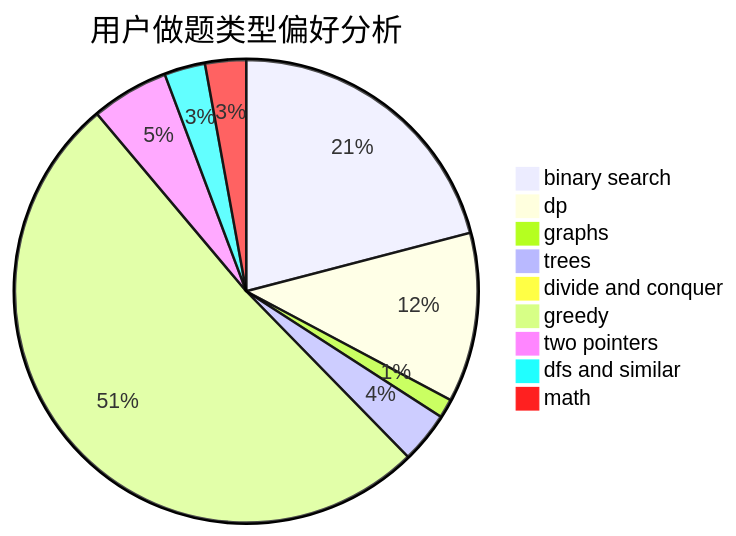
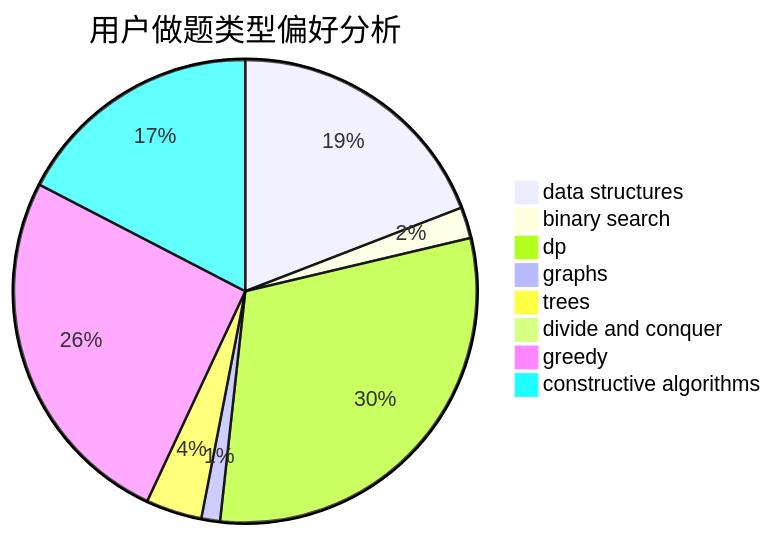
One commit to sherpahu/cfrs.github.io changed the second of 3 diagrams in docs/user/u2588.md. Above: the diagram before and after it, drawn with Mermaid. The commit also changed other lines of this file and 2775 other files, not shown here.

````diff
--- a/docs/user/u2588.md
+++ b/docs/user/u2588.md
@@ -23,12 +23,11 @@
 ```mermaid
 pie title 用户做题类型偏好分析
-    "binary search" :  205
-    "dp" :  116
-    "graphs" :  13
-    "trees" :  35
-    "divide and conquer" :  3
-    "greedy" :  501
-    "two pointers" :  53
-    "dfs and similar" :  28
-    "math" :  28
+    "data structures" :  44
+    "binary search" :  5
+    "dp" :  70
+    "graphs" :  3
+    "trees" :  9
+    "divide and conquer" :  0
+    "greedy" :  59
+    "constructive algorithms" :  40
 ```
````
